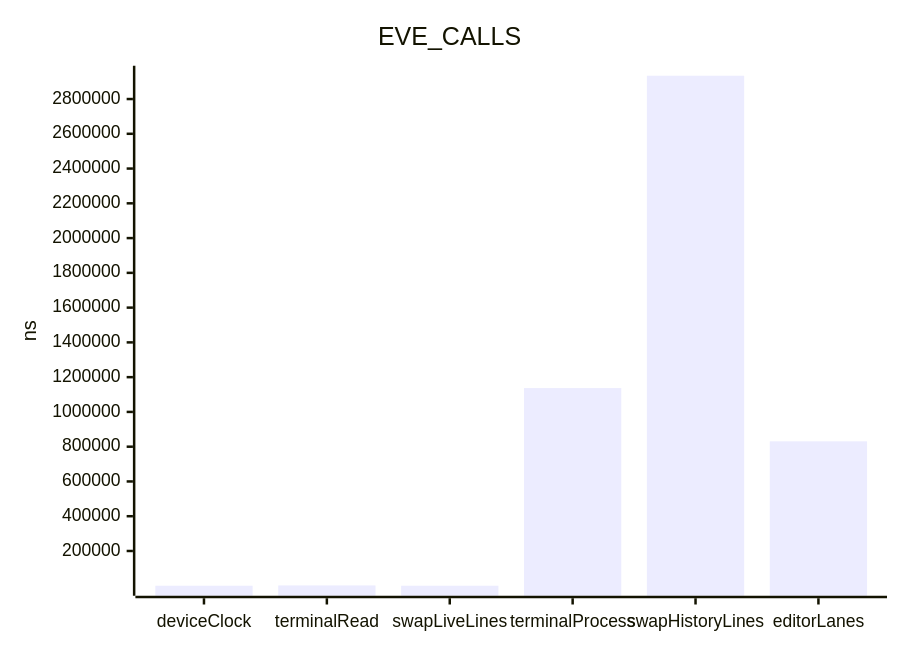
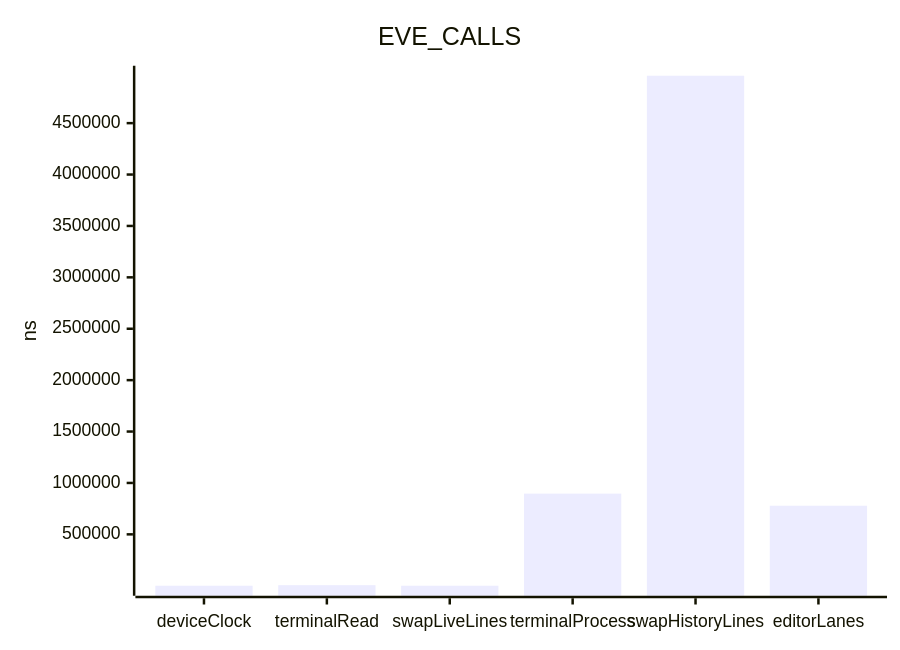
Before and after one commit to jrengmusic/eve: the third of 9 diagrams in benchmark/replay-report.md, drawn with Mermaid. The commit also changed other lines of this file and 37 other files, not shown here.

````diff
--- a/benchmark/replay-report.md
+++ b/benchmark/replay-report.md
@@ -1279,7 +1279,7 @@
 ```mermaid
 xychart-beta
 title "EVE_CALLS"
 x-axis ["deviceClock", "terminalRead", "swapLiveLines", "terminalProcess", "swapHistoryLines", "editorLanes"]
 y-axis "ns"
-bar [1.00542990111280273, 1750.36186941487403601, 1.00542990111280273, 1137304.78377618291415274, 2933916.03554419148713350, 830754.39801269944291562]
+bar [1.00542990111280273, 5398.85404678579834581, 1.00542990111280273, 896185.27714041550643742, 4960958.64442046545445919, 778486.50232509360648692]
 ```
````
